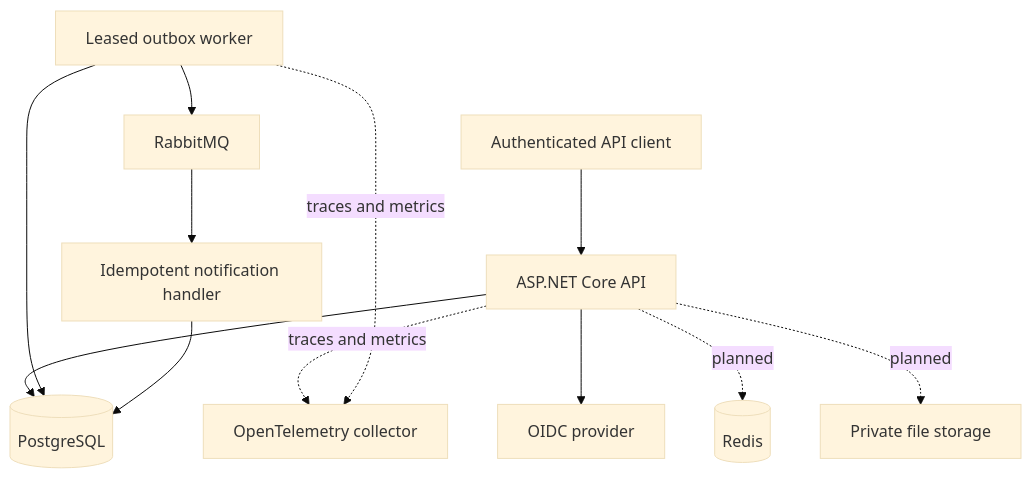
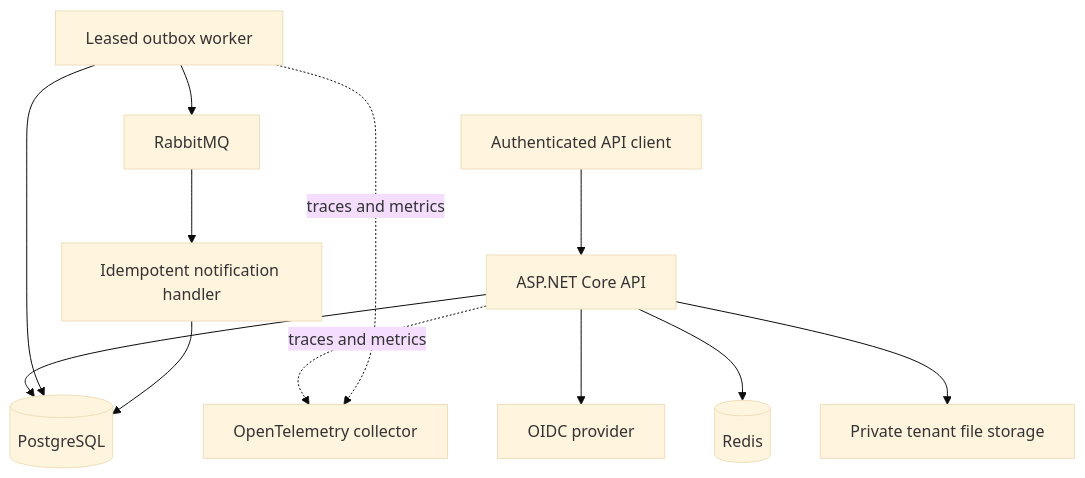
One commit to adnanjalloh/WorkOps.Platform changed the first of 4 diagrams in docs/architecture.md. Above: the diagram before and after it, drawn with Mermaid (base theme). The commit also changed other lines of this file and 8 other files, not shown here.

````diff
--- a/docs/architecture.md
+++ b/docs/architecture.md
@@ -24,14 +25,14 @@
 ```mermaid
 flowchart TB
     User["Authenticated API client"] --> Api["ASP.NET Core API"]
     Api --> Oidc["OIDC provider"]
     Api --> Db[("PostgreSQL")]
-    Api -. planned .-> Cache[("Redis")]
-    Api -. planned .-> Files["Private file storage"]
+    Api --> Cache[("Redis")]
+    Api --> Files["Private tenant file storage"]
     Worker["Leased outbox worker"] --> Db
     Worker --> Broker["RabbitMQ"]
     Broker --> Notifications["Idempotent notification handler"]
     Notifications --> Db
     Api -. traces and metrics .-> Telemetry["OpenTelemetry collector"]
     Worker -. traces and metrics .-> Telemetry
 ```
````
